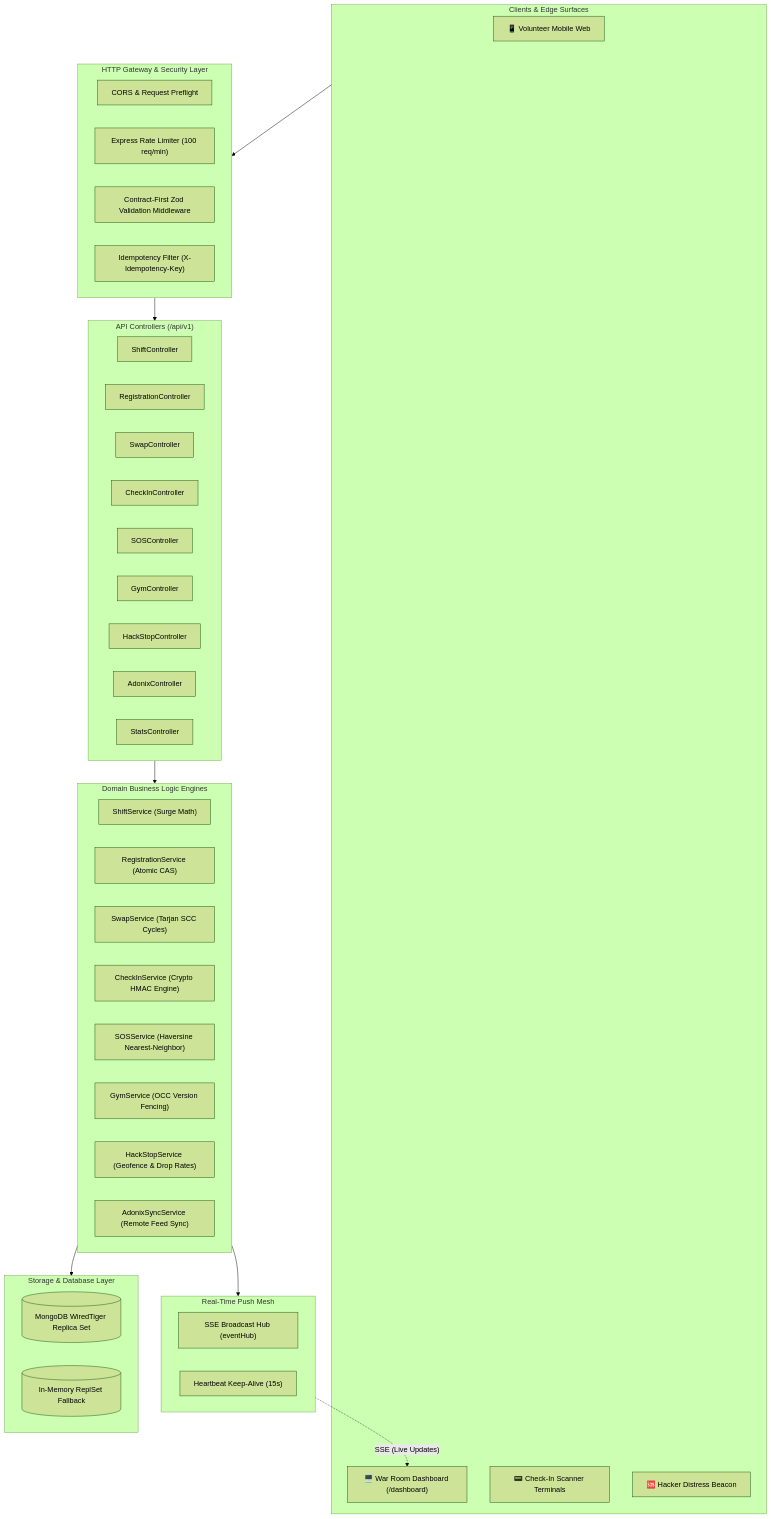
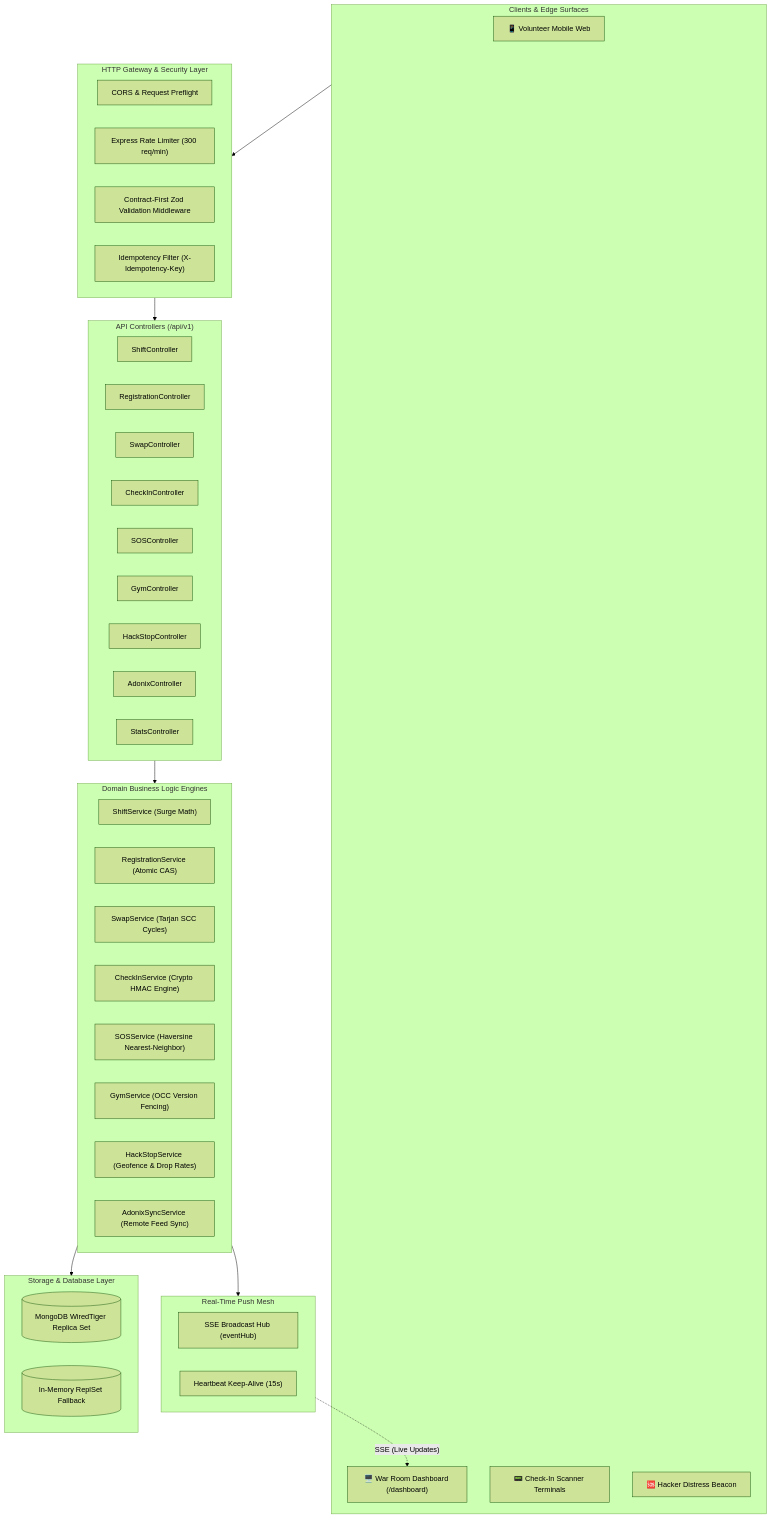
The first of 10 diagrams in ARCHITECTURE.md (aritroBh/HackIllinois-2027-Systems-Coding-Challenge), drawn with Mermaid (forest theme) before and after one commit. The commit also changed other lines of this file and 39 other files, not shown here.

````diff
--- a/ARCHITECTURE.md
+++ b/ARCHITECTURE.md
@@ -31,56 +32,56 @@
 ```mermaid
 flowchart TD
     subgraph Clients["Clients & Edge Surfaces"]
         A1["📱 Volunteer Mobile Web"]
         A2["🖥️ War Room Dashboard (/dashboard)"]
         A3["📟 Check-In Scanner Terminals"]
         A4["🆘 Hacker Distress Beacon"]
     end
 
     subgraph Gateway["HTTP Gateway & Security Layer"]
         B1["CORS & Request Preflight"]
-        B2["Express Rate Limiter (100 req/min)"]
+        B2["Express Rate Limiter (300 req/min)"]
         B3["Contract-First Zod Validation Middleware"]
         B4["Idempotency Filter (X-Idempotency-Key)"]
     end
 
     subgraph Controllers["API Controllers (/api/v1)"]
         C1["ShiftController"]
         C2["RegistrationController"]
         C3["SwapController"]
         C4["CheckInController"]
         C5["SOSController"]
         C6["GymController"]
         C7["HackStopController"]
         C8["AdonixController"]
         C9["StatsController"]
     end
 
     subgraph CoreServices["Domain Business Logic Engines"]
         D1["ShiftService (Surge Math)"]
         D2["RegistrationService (Atomic CAS)"]
         D3["SwapService (Tarjan SCC Cycles)"]
         D4["CheckInService (Crypto HMAC Engine)"]
         D5["SOSService (Haversine Nearest-Neighbor)"]
         D6["GymService (OCC Version Fencing)"]
         D7["HackStopService (Geofence & Drop Rates)"]
         D8["AdonixSyncService (Remote Feed Sync)"]
     end
 
     subgraph EventStream["Real-Time Push Mesh"]
         E1["SSE Broadcast Hub (eventHub)"]
         E2["Heartbeat Keep-Alive (15s)"]
     end
 
     subgraph Persistence["Storage & Database Layer"]
         F1[("MongoDB WiredTiger Replica Set")]
         F2[("In-Memory ReplSet Fallback")]
     end
 
     Clients --> Gateway
     Gateway --> Controllers
     Controllers --> CoreServices
     CoreServices --> EventStream
     CoreServices --> Persistence
     EventStream -.->|"SSE (Live Updates)"| A2
 ```
````
